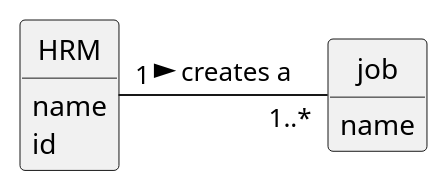
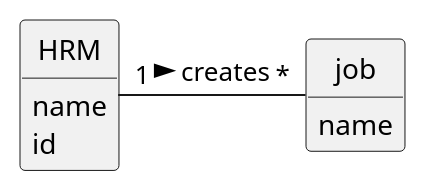
The diagram in docs/sprintA/us002/02.analysis/puml/us002-domain-model.puml (Departamento-de-Engenharia-Informatica/lei-24-s2-1do-g164), drawn with PlantUML before and after one commit. The commit also changed 2 other files, not shown here.

```diff
--- a/docs/sprintA/us002/02.analysis/puml/us002-domain-model.puml
+++ b/docs/sprintA/us002/02.analysis/puml/us002-domain-model.puml
@@ -1,37 +1,37 @@
 @startuml
 skinparam monochrome true
 skinparam packageStyle rectangle
 skinparam shadowing false
 
 'left to right direction
 
 skinparam classAttributeIconSize 0
 
 hide circle
 hide methods
 
 'title Domain Model
 
 'class Platform {
 '  -description
 '}
 
 
 class job
  {
    name
 }
 'class User {
 '    name
 '    email
 '    password
 '}
 
 class HRM{
   name
   id
 }
 
 
-HRM "1" - "1..*" job: creates a >
+HRM "1" - "*" job: creates  >
 @enduml
```
